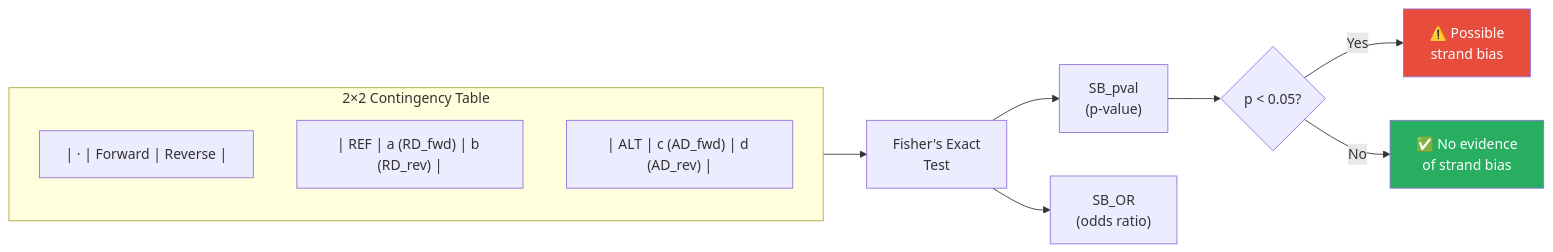
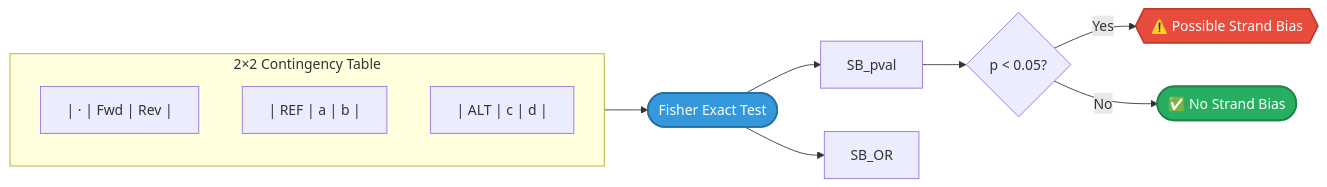
The tenth of 10 diagrams in docs/reference/variant-counting.md (msk-access/py-gbcms), drawn with Mermaid before and after one commit. The commit also changed other lines of this file and 2 other files, not shown here.

````diff
--- a/docs/reference/variant-counting.md
+++ b/docs/reference/variant-counting.md
@@ -556,20 +579,21 @@
 ```mermaid
 flowchart LR
-    subgraph Table["2×2 Contingency Table"]
+    subgraph Table [2×2 Contingency Table]
         direction TB
-        Header["| · | Forward | Reverse |"]
-        RefRow["| REF | a (RD_fwd) | b (RD_rev) |"]
-        AltRow["| ALT | c (AD_fwd) | d (AD_rev) |"]
+        Header["| · | Fwd | Rev |"]
+        RefRow["| REF | a | b |"]
+        AltRow["| ALT | c | d |"]
     end
 
-    Table --> Fisher["Fisher's Exact\nTest"]
-    Fisher --> Pval["SB_pval\n(p-value)"]
-    Fisher --> OR["SB_OR\n(odds ratio)"]
+    Table --> Fisher([Fisher Exact Test]):::test
+    Fisher --> Pval[SB_pval]
+    Fisher --> OR[SB_OR]
 
-    Pval --> Interpret{"p < 0.05?"}
-    Interpret -->|Yes| Bias["⚠️ Possible\nstrand bias"]
-    Interpret -->|No| NoBias["✅ No evidence\nof strand bias"]
+    Pval --> Interpret{p < 0.05?}
+    Interpret -->|Yes| Bias{{⚠️ Possible Strand Bias}}:::warn
+    Interpret -->|No| NoBias([✅ No Strand Bias]):::pass
 
-    style Bias fill:#e74c3c,color:#fff
-    style NoBias fill:#27ae60,color:#fff
+    classDef test fill:#3498db,color:#fff,stroke:#2471a3,stroke-width:2px;
+    classDef warn fill:#e74c3c,color:#fff,stroke:#c0392b,stroke-width:2px;
+    classDef pass fill:#27ae60,color:#fff,stroke:#1e8449,stroke-width:2px;
 ```
````
